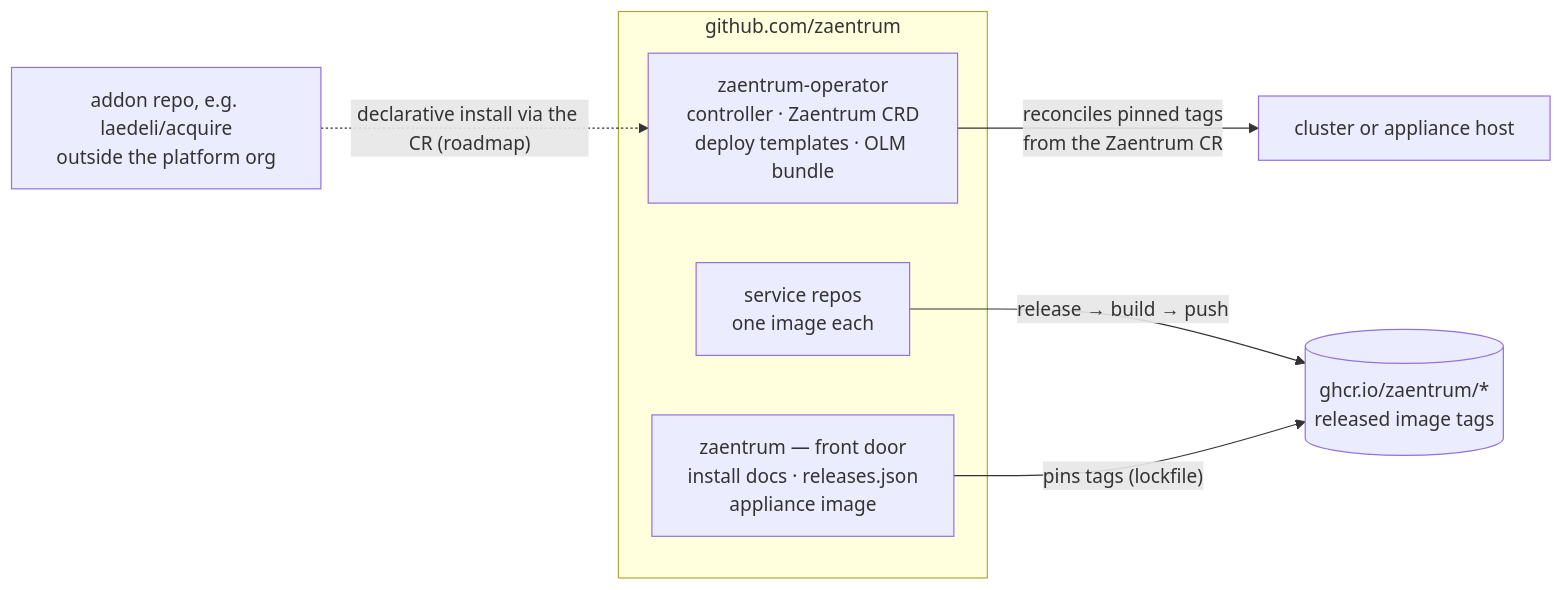
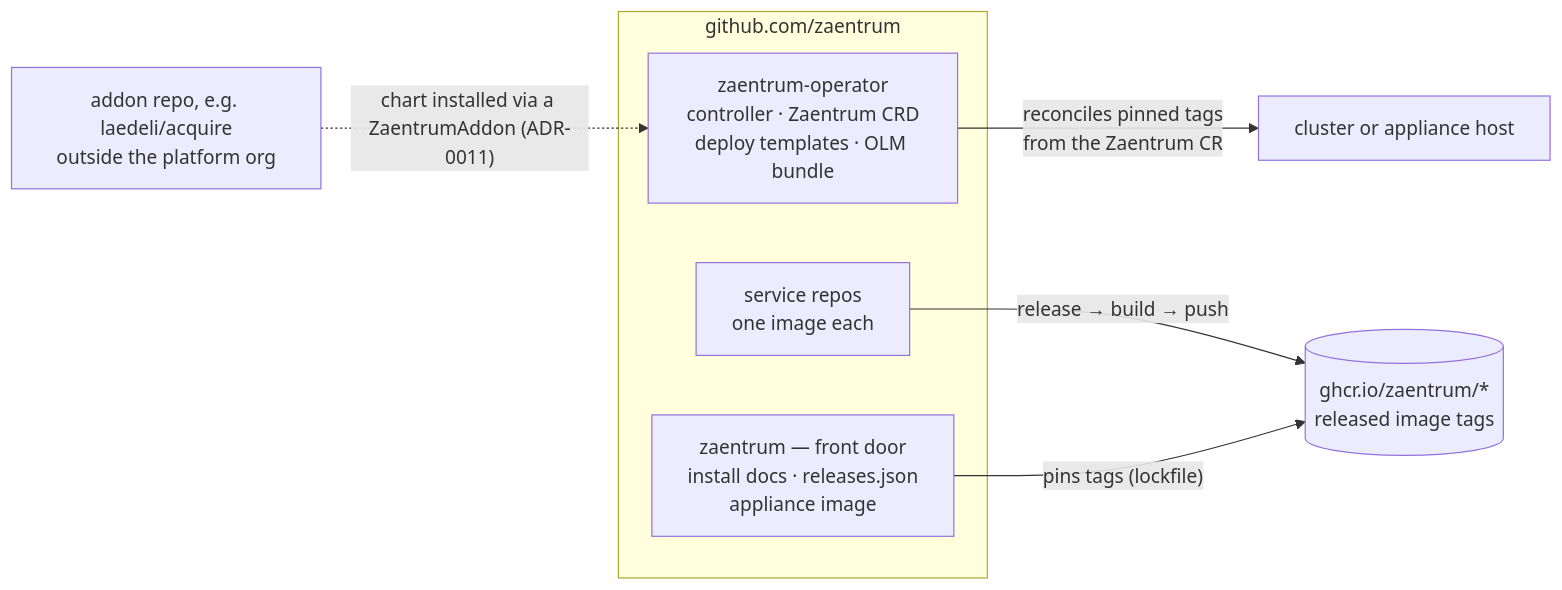
The diagram in docs/adr/0006-operator-owned-runtime.md (zaentrum/zaentrum), drawn with Mermaid before and after one commit. The commit also changed other lines of this file and 1 other file, not shown here.

Commit message:
docs: ADR-0006 and the operator page know addon charts

````diff
--- a/docs/adr/0006-operator-owned-runtime.md
+++ b/docs/adr/0006-operator-owned-runtime.md
@@ -27,15 +27,15 @@
 ```mermaid
 flowchart LR
   subgraph org["github.com/zaentrum"]
     svc["service repos\none image each"]
     fd["zaentrum — front door\ninstall docs · releases.json\nappliance image"]
     op["zaentrum-operator\ncontroller · Zaentrum CRD\ndeploy templates · OLM bundle"]
   end
   reg[("ghcr.io/zaentrum/*\nreleased image tags")]
   addon["addon repo, e.g. laedeli/acquire\noutside the platform org"]
   run["cluster or appliance host"]
   svc -- "release → build → push" --> reg
   fd -- "pins tags (lockfile)" --> reg
   op -- "reconciles pinned tags\nfrom the Zaentrum CR" --> run
-  addon -. "declarative install via the CR (roadmap)" .-> op
+  addon -. "chart installed via a ZaentrumAddon (ADR-0011)" .-> op
 ```
````
